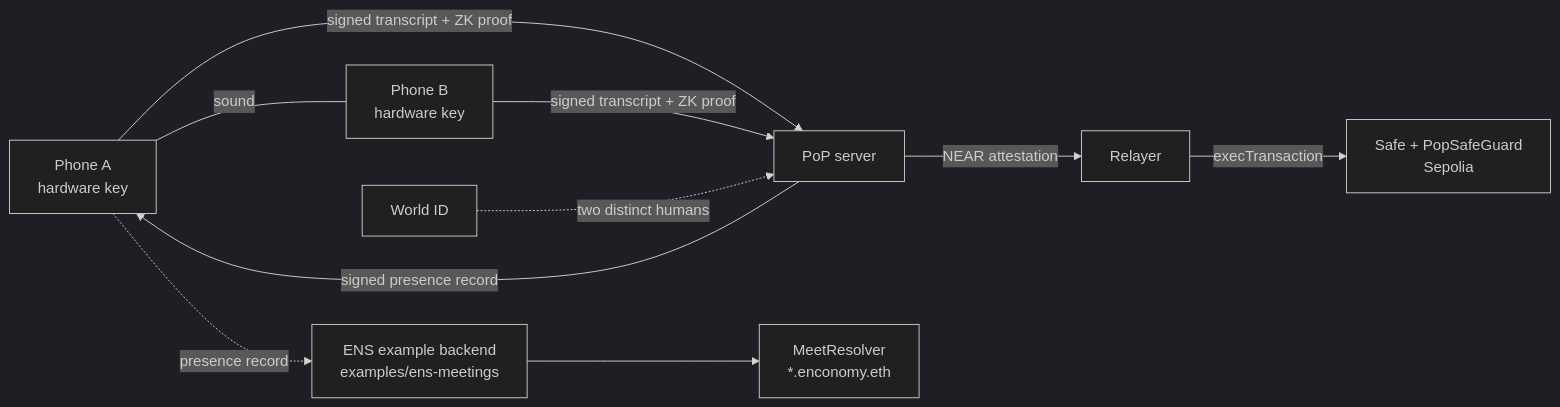
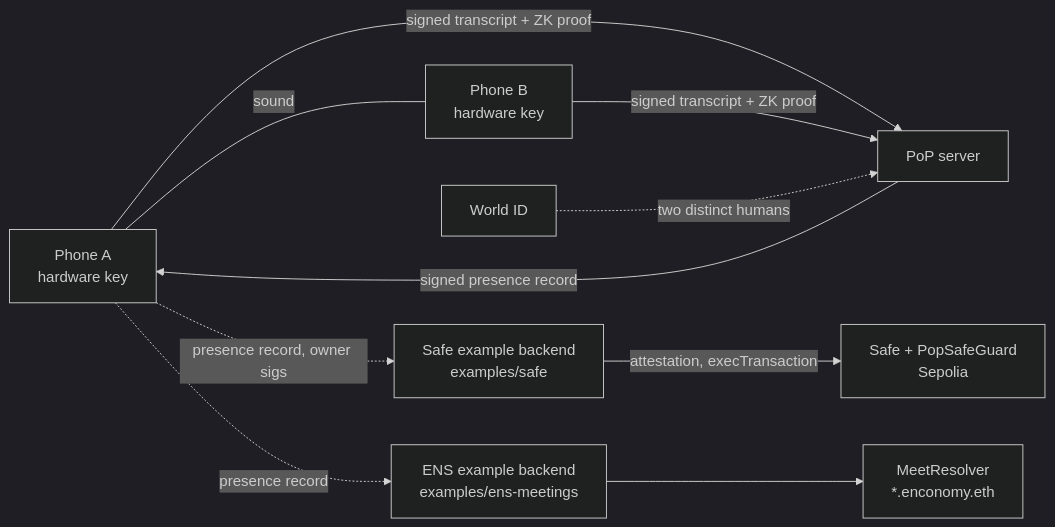
Before and after one commit to tawago/enconomy: the first of 2 diagrams in README.md, drawn with Mermaid (dark theme). The commit also changed other lines of this file and 86 other files, not shown here.

First line of the commit message:
Decouple 2/7: Safe moves to examples/, with no World ID (#20)

````diff
--- a/README.md
+++ b/README.md
@@ -11,12 +11,12 @@
 ```mermaid
 flowchart LR
     A["Phone A<br/>hardware key"] -- "sound" --- B["Phone B<br/>hardware key"]
     A -- "signed transcript + ZK proof" --> S["PoP server"]
     B -- "signed transcript + ZK proof" --> S
     W["World ID"] -. "two distinct humans" .-> S
-    S -- "NEAR attestation" --> R["Relayer"]
-    R -- "execTransaction" --> G["Safe + PopSafeGuard<br/>Sepolia"]
     S -- "signed presence record" --> A
+    A -. "presence record, owner sigs" .-> F["Safe example backend<br/>examples/safe"]
+    F -- "attestation, execTransaction" --> G["Safe + PopSafeGuard<br/>Sepolia"]
     A -. "presence record" .-> E["ENS example backend<br/>examples/ens-meetings"]
     E --> M["MeetResolver<br/>*.enconomy.eth"]
 ```
````
